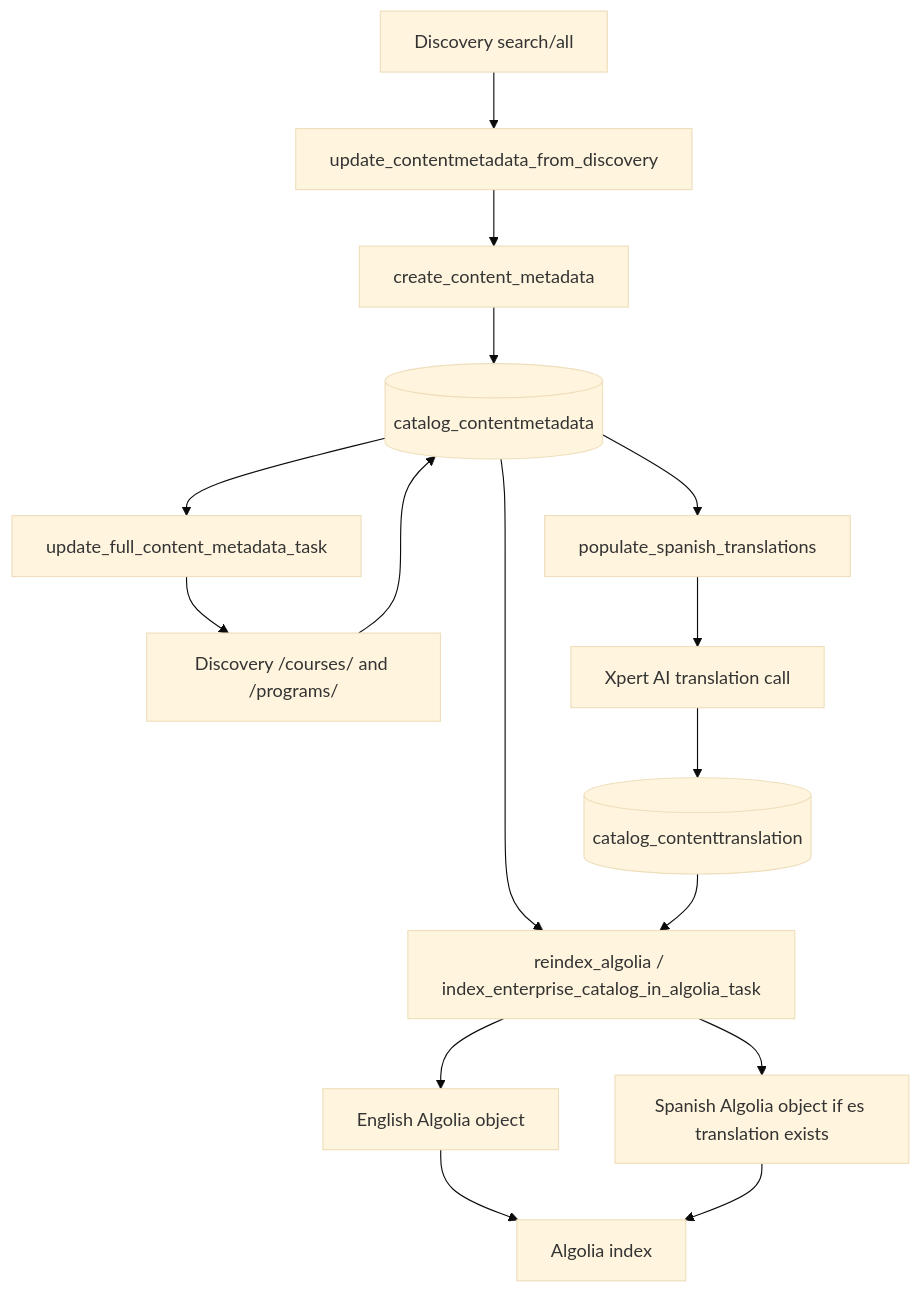
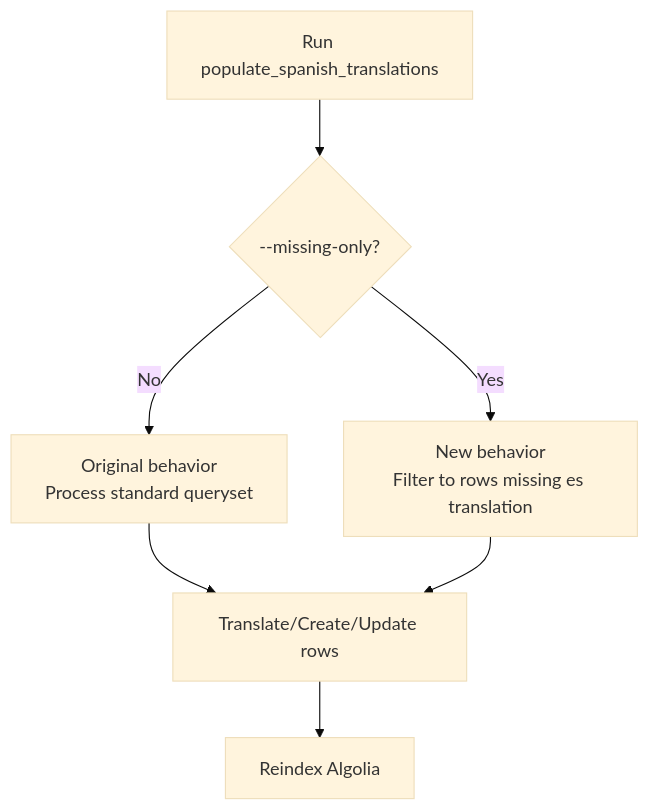
The first of 2 diagrams in Translations/observatiobs_spanish_translation.md (rgopalrao-sonata-png/documents), drawn with Mermaid (base theme) before and after one commit. The commit also changed other lines of this file, not shown here.

First line of the commit message:
Revise Spanish translation documentation for clarity

````diff
--- a/Translations/observatiobs_spanish_translation.md
+++ b/Translations/observatiobs_spanish_translation.md
@@ -80,21 +356,9 @@
 ```mermaid
 flowchart TD
-	A[Discovery search/all] --> B[update_contentmetadata_from_discovery]
-	B --> C[create_content_metadata]
-	C --> D[(catalog_contentmetadata)]
-
-	D --> E[update_full_content_metadata_task]
-	E --> F[Discovery /courses/ and /programs/]
-	F --> D
-
-	D --> G[populate_spanish_translations]
-	G --> H[Xpert AI translation call]
-	H --> I[(catalog_contenttranslation)]
-
-	D --> J[reindex_algolia / index_enterprise_catalog_in_algolia_task]
-	I --> J
-	J --> K[English Algolia object]
-	J --> L[Spanish Algolia object if es translation exists]
-	K --> M[Algolia index]
-	L --> M
+    A[Run populate_spanish_translations] --> B{--missing-only?}
+    B -- No --> C[Original behavior\nProcess standard queryset]
+    B -- Yes --> D[New behavior\nFilter to rows missing es translation]
+    C --> E[Translate/Create/Update rows]
+    D --> E
+    E --> F[Reindex Algolia]
 ```
````
